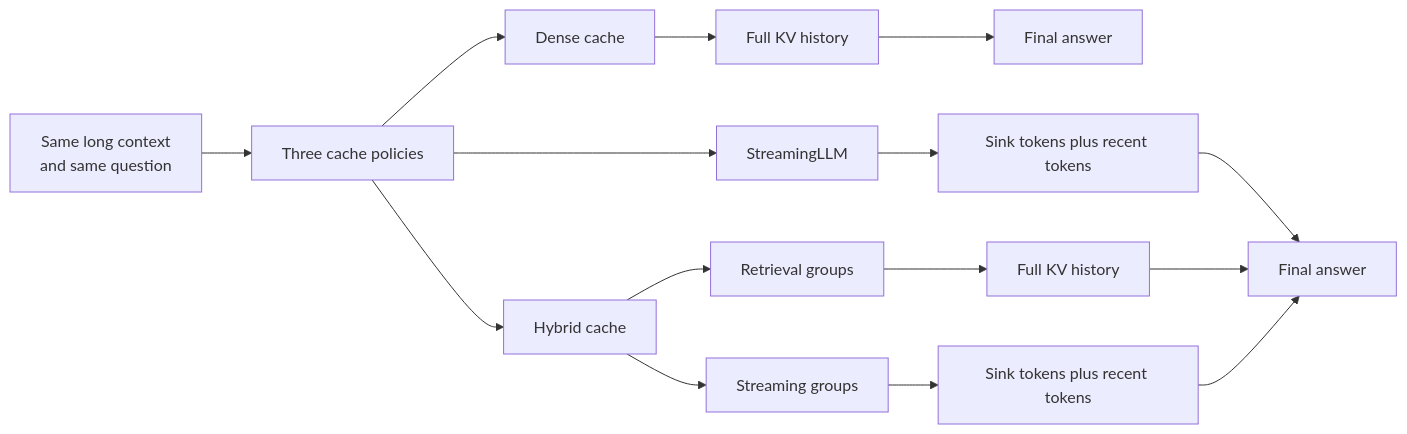
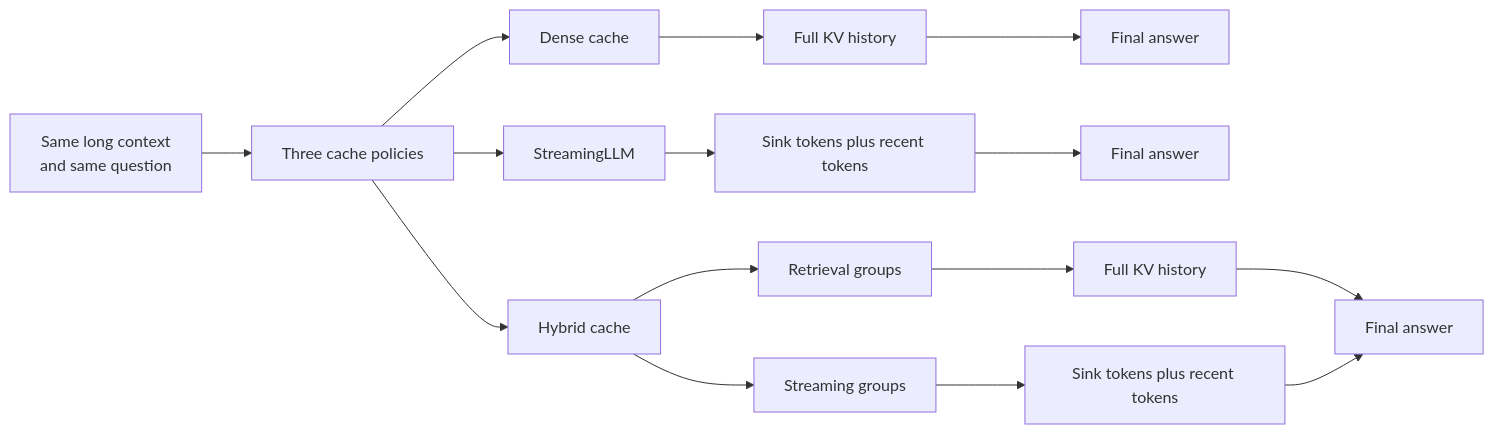
One commit to may-vaz/hybrid-streaming-attention changed the diagram in README.md. Above: the diagram before and after it, drawn with Mermaid.

````diff
--- a/README.md
+++ b/README.md
@@ -19,21 +19,21 @@
 ```mermaid
 flowchart LR
     A[Same long context<br/>and same question] --> B[Three cache policies]
 
     B --> D[Dense cache]
     D --> D1[Full KV history]
     D1 --> F[Final answer]
 
     B --> S[StreamingLLM]
     S --> S1[Sink tokens plus recent tokens]
     S1 --> F1[Final answer]
 
     B --> H[Hybrid cache]
     H --> R[Retrieval groups]
     R --> R1[Full KV history]
-    R1 --> F1[Final answer]
+    R1 --> F2[Final answer]
 
     H --> T[Streaming groups]
     T --> T1[Sink tokens plus recent tokens]
-    T1 --> F1[Final answer]
+    T1 --> F2[Final answer]
 ```
````
